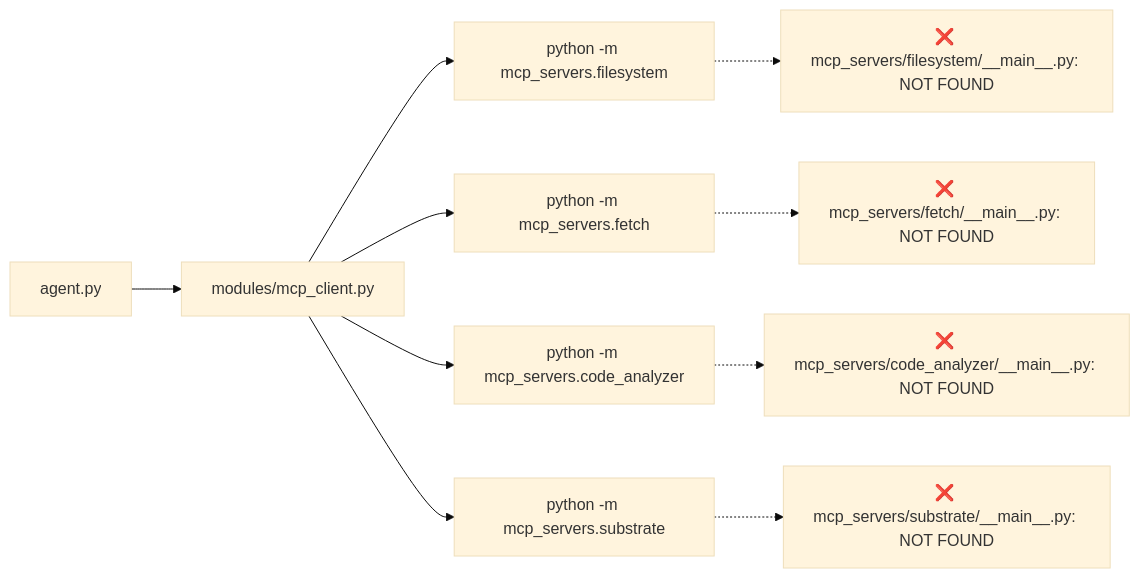
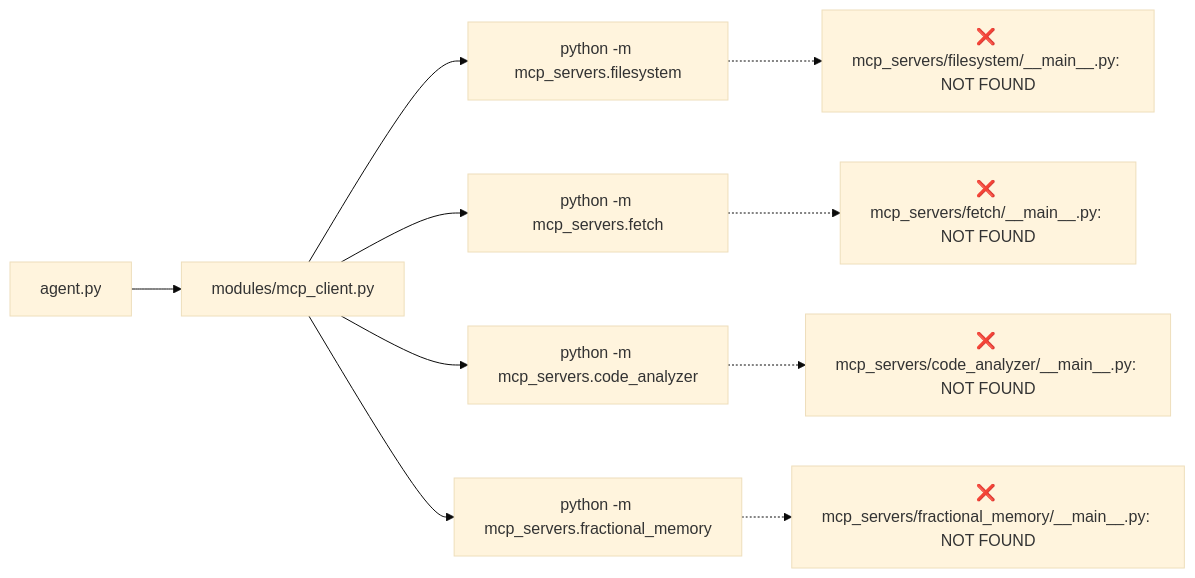
Before and after one commit to crazedr0m/ai-agent: the diagram in plans/fix-mcp-server-launch.md, drawn with Mermaid (base theme). The commit also changed other lines of this file and 39 other files, not shown here.

````diff
--- a/plans/fix-mcp-server-launch.md
+++ b/plans/fix-mcp-server-launch.md
@@ -19,13 +19,13 @@
 ```mermaid
 flowchart LR
     A[agent.py] --> B[modules/mcp_client.py]
     B --> C["python -m mcp_servers.filesystem"]
     B --> D["python -m mcp_servers.fetch"]
     B --> E["python -m mcp_servers.code_analyzer"]
-    B --> F["python -m mcp_servers.substrate"]
+    B --> F["python -m mcp_servers.fractional_memory"]
     
     C -.-> G[❌ mcp_servers/filesystem/__main__.py: NOT FOUND]
     D -.-> H[❌ mcp_servers/fetch/__main__.py: NOT FOUND]
     E -.-> I[❌ mcp_servers/code_analyzer/__main__.py: NOT FOUND]
-    F -.-> J[❌ mcp_servers/substrate/__main__.py: NOT FOUND]
+    F -.-> J[❌ mcp_servers/fractional_memory/__main__.py: NOT FOUND]
 ```
````
